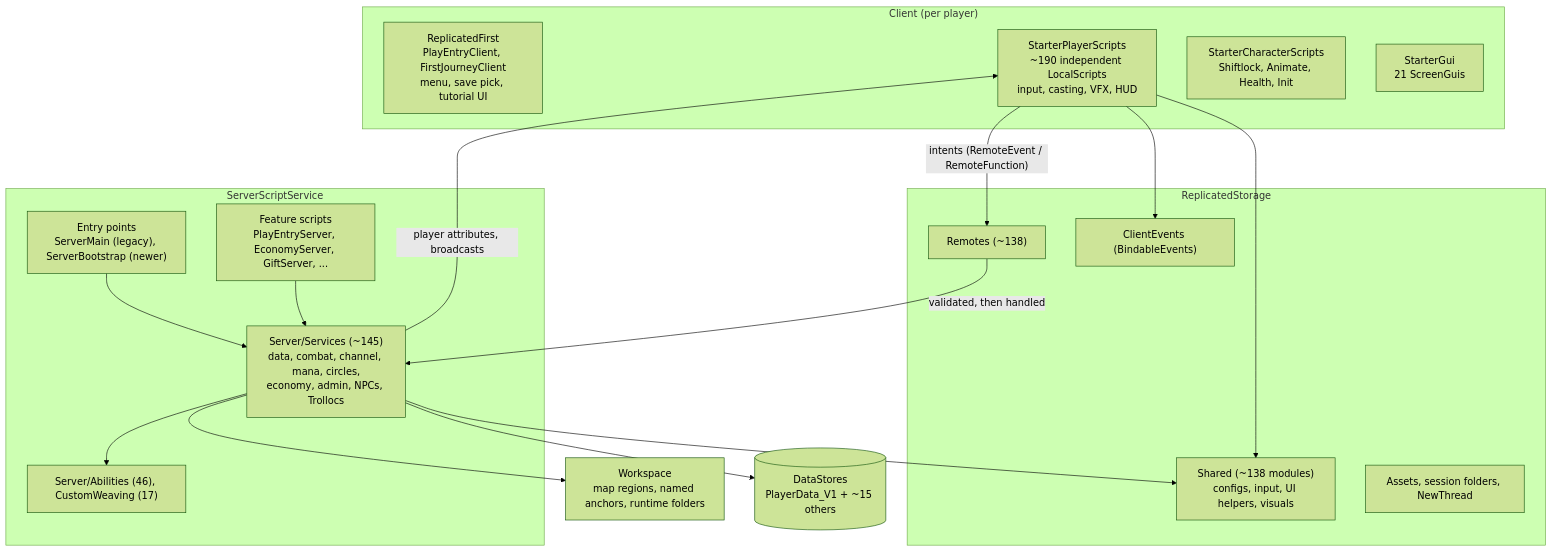
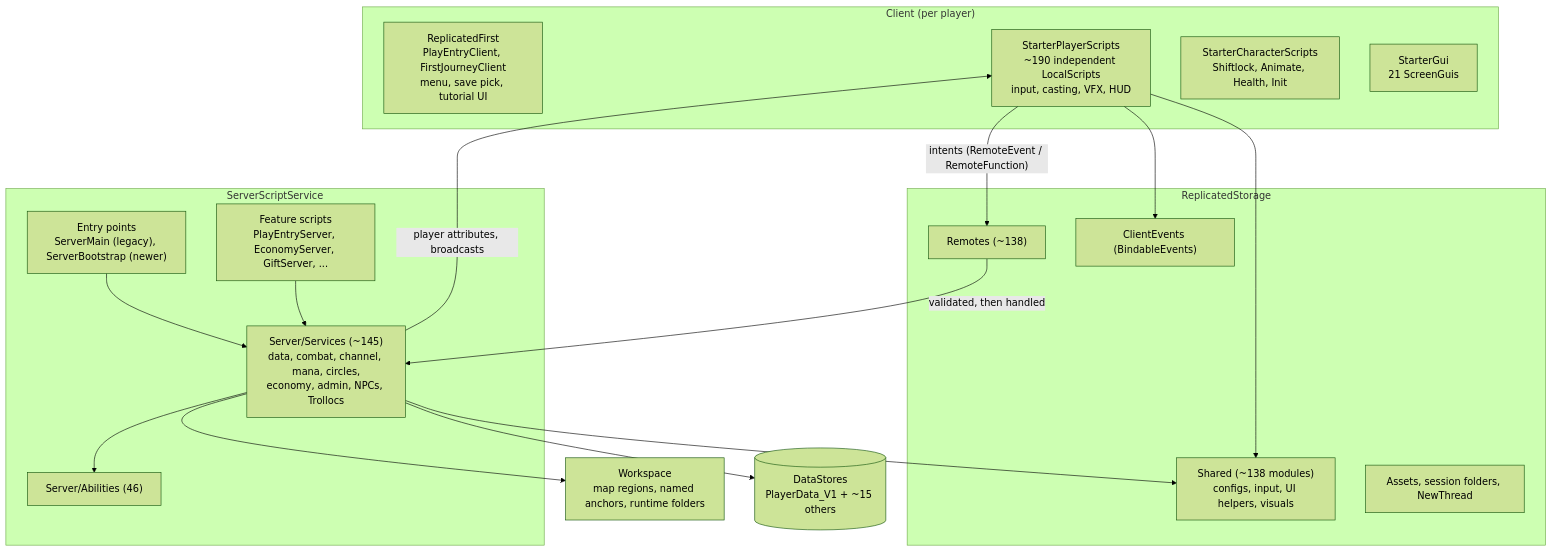
One commit to IamSwan/Woven changed the first of 4 diagrams in docs/architecture.md. Above: the diagram before and after it, drawn with Mermaid (forest theme). The commit also changed other lines of this file and 7 other files, not shown here.

First line of the commit message:
refactor: remove custom weaving

````diff
--- a/docs/architecture.md
+++ b/docs/architecture.md
@@ -7,34 +7,34 @@
 ```mermaid
 flowchart TB
   subgraph Client["Client (per player)"]
     RF["ReplicatedFirst<br/>PlayEntryClient, FirstJourneyClient<br/>menu, save pick, tutorial UI"]
     SPS["StarterPlayerScripts<br/>~190 independent LocalScripts<br/>input, casting, VFX, HUD"]
     SCS["StarterCharacterScripts<br/>Shiftlock, Animate, Health, Init"]
     GUI["StarterGui<br/>21 ScreenGuis"]
   end
   subgraph Shared["ReplicatedStorage"]
     REM["Remotes (~138)"]
     CE["ClientEvents (BindableEvents)"]
     SH["Shared (~138 modules)<br/>configs, input, UI helpers, visuals"]
     AS["Assets, session folders, NewThread"]
   end
   subgraph Server["ServerScriptService"]
     EP["Entry points<br/>ServerMain (legacy), ServerBootstrap (newer)"]
     SVC["Server/Services (~145)<br/>data, combat, channel, mana, circles,<br/>economy, admin, NPCs, Trollocs"]
-    AB["Server/Abilities (46), CustomWeaving (17)"]
+    AB["Server/Abilities (46)"]
     TOP["Feature scripts<br/>PlayEntryServer, EconomyServer, GiftServer, ..."]
   end
   WS["Workspace<br/>map regions, named anchors, runtime folders"]
   DS[("DataStores<br/>PlayerData_V1 + ~15 others")]
 
   SPS -- "intents (RemoteEvent / RemoteFunction)" --> REM
   REM -- "validated, then handled" --> SVC
   SVC -- "player attributes, broadcasts" --> SPS
   EP --> SVC --> AB
   TOP --> SVC
   SVC --> DS
   SVC --> WS
   SPS --> SH
   SVC --> SH
   SPS --> CE
 ```
````
